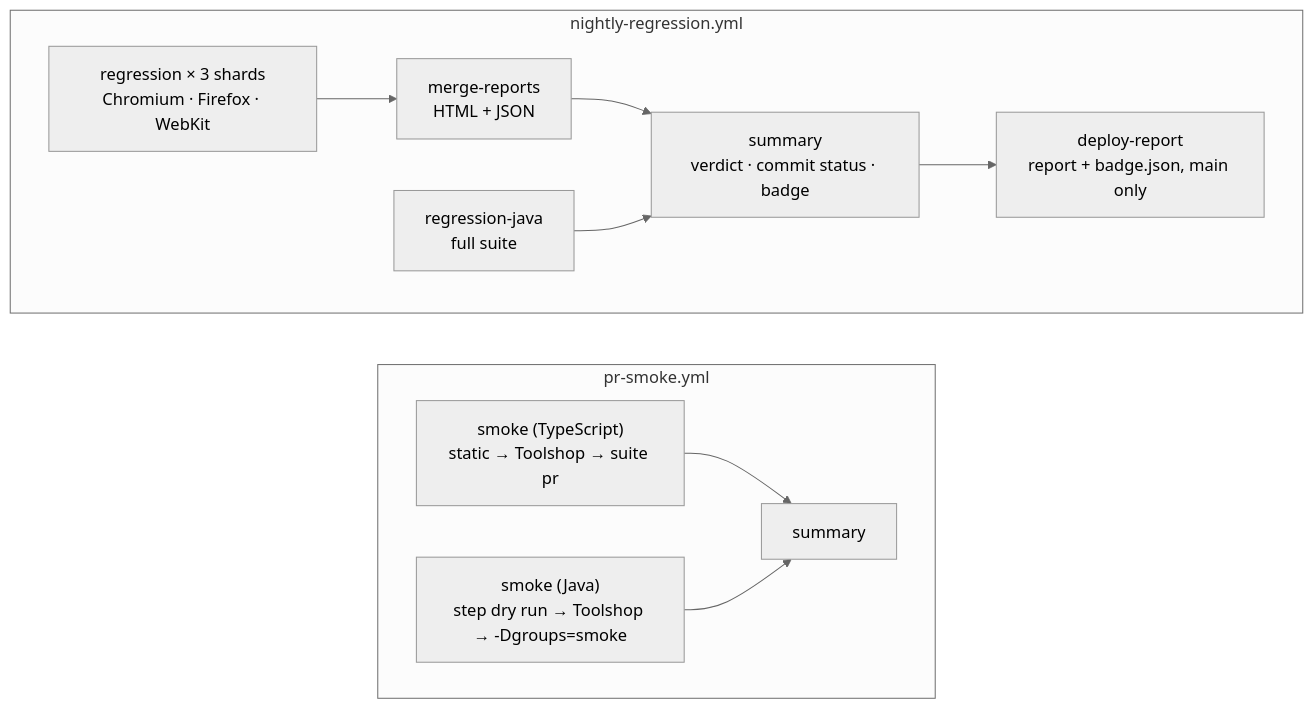
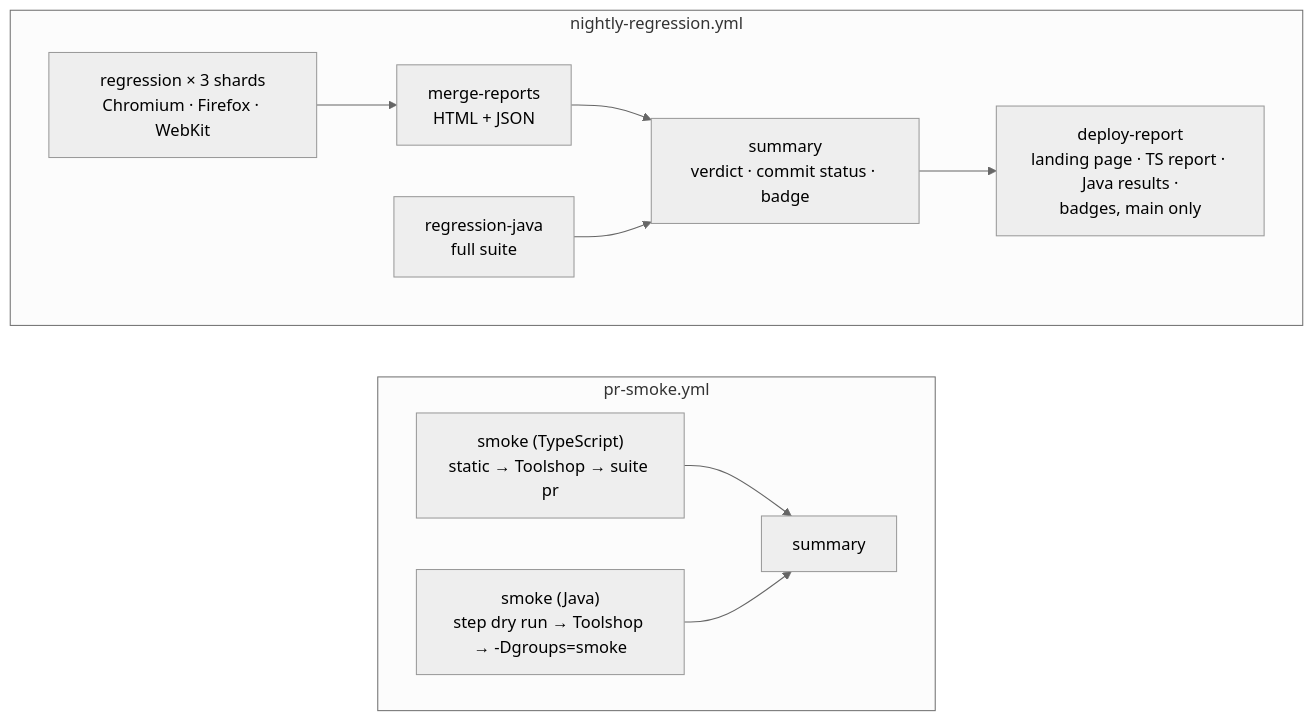
The diagram in docs/ci.md (junchunip-hue/playwright-e2e-showcase), drawn with Mermaid (neutral theme) before and after one commit. The commit also changed other lines of this file and 11 other files, not shown here.

First line of the commit message:
Pages landing page for both languages; reruns and Java known defects shown

````diff
--- a/docs/ci.md
+++ b/docs/ci.md
@@ -29,14 +29,14 @@
 ```mermaid
 flowchart LR
   subgraph PRW["pr-smoke.yml"]
     direction LR
     A["smoke (TypeScript)<br/>static → Toolshop → suite pr"] --> C["summary"]
     B["smoke (Java)<br/>step dry run → Toolshop → -Dgroups=smoke"] --> C
   end
   subgraph NW["nightly-regression.yml"]
     direction LR
     R["regression × 3 shards<br/>Chromium · Firefox · WebKit"] --> M["merge-reports<br/>HTML + JSON"] --> S["summary<br/>verdict · commit status · badge"]
     RJ["regression-java<br/>full suite"] --> S
-    S --> D["deploy-report<br/>report + badge.json, main only"]
+    S --> D["deploy-report<br/>landing page · TS report · Java results ·<br/>badges, main only"]
   end
 ```
````
